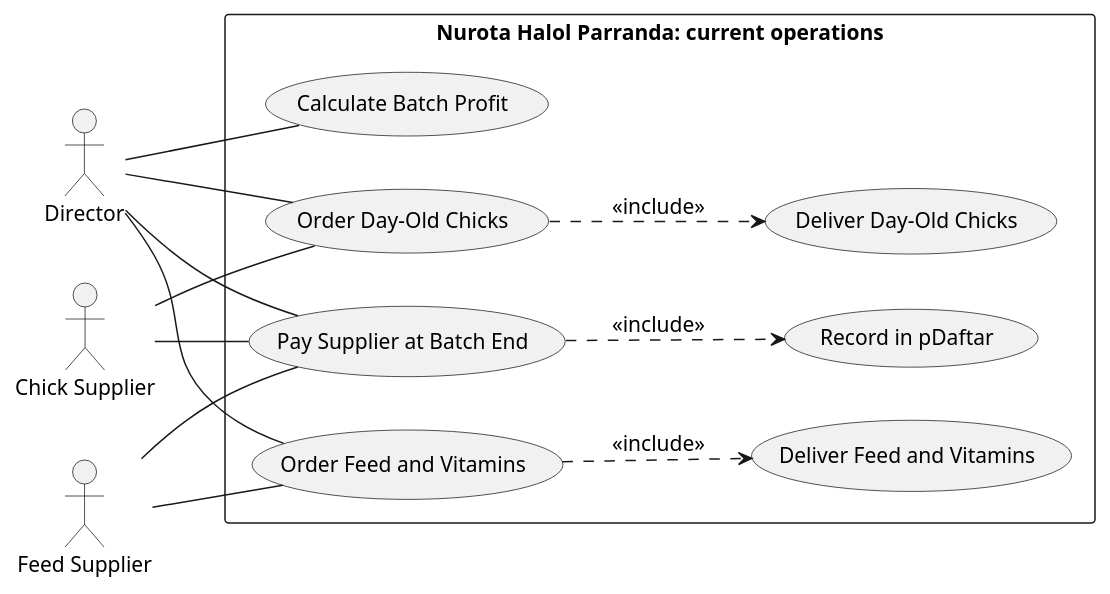
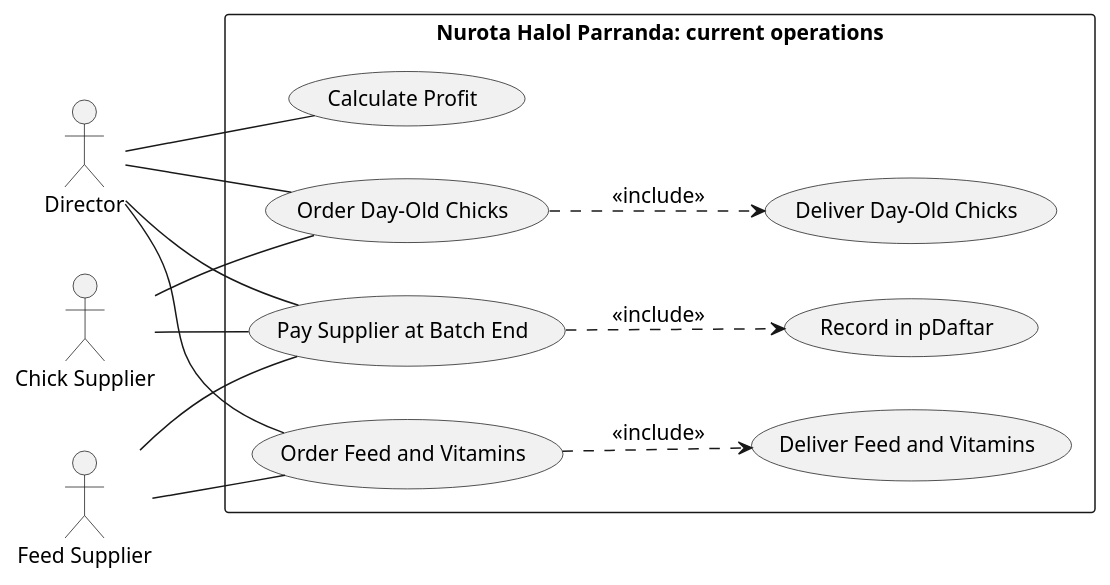
The diagram in diagrams/use-case-procurement.puml (MuzaffarNurillaew/sad), drawn with PlantUML before and after one commit. The commit also changed 6 other files, not shown here.

```diff
--- a/diagrams/use-case-procurement.puml
+++ b/diagrams/use-case-procurement.puml
@@ -9,30 +9,30 @@
 @startuml
 left to right direction
 skinparam packageStyle rectangle
 skinparam shadowing false
 skinparam defaultFontSize 14
 
 actor "Director" as DIR
 actor "Chick Supplier" as CSUP
 actor "Feed Supplier" as FSUP
 rectangle "Nurota Halol Parranda: current operations" {
   usecase "Order Day-Old Chicks" as OC
   usecase "Deliver Day-Old Chicks" as DC
   usecase "Order Feed and Vitamins" as OF
   usecase "Deliver Feed and Vitamins" as DF
   usecase "Pay Supplier at Batch End" as PY
-  usecase "Calculate Batch Profit" as CP
+  usecase "Calculate Profit" as CP
   usecase "Record in pDaftar" as PD
 }
 DIR -- OC
 DIR -- OF
 DIR -- PY
 DIR -- CP
 PY ..> PD : <<include>>
 OC ..> DC : <<include>>
 OF ..> DF : <<include>>
 CSUP -- OC
 CSUP -- PY
 FSUP -- OF
 FSUP -- PY
 @enduml
```
